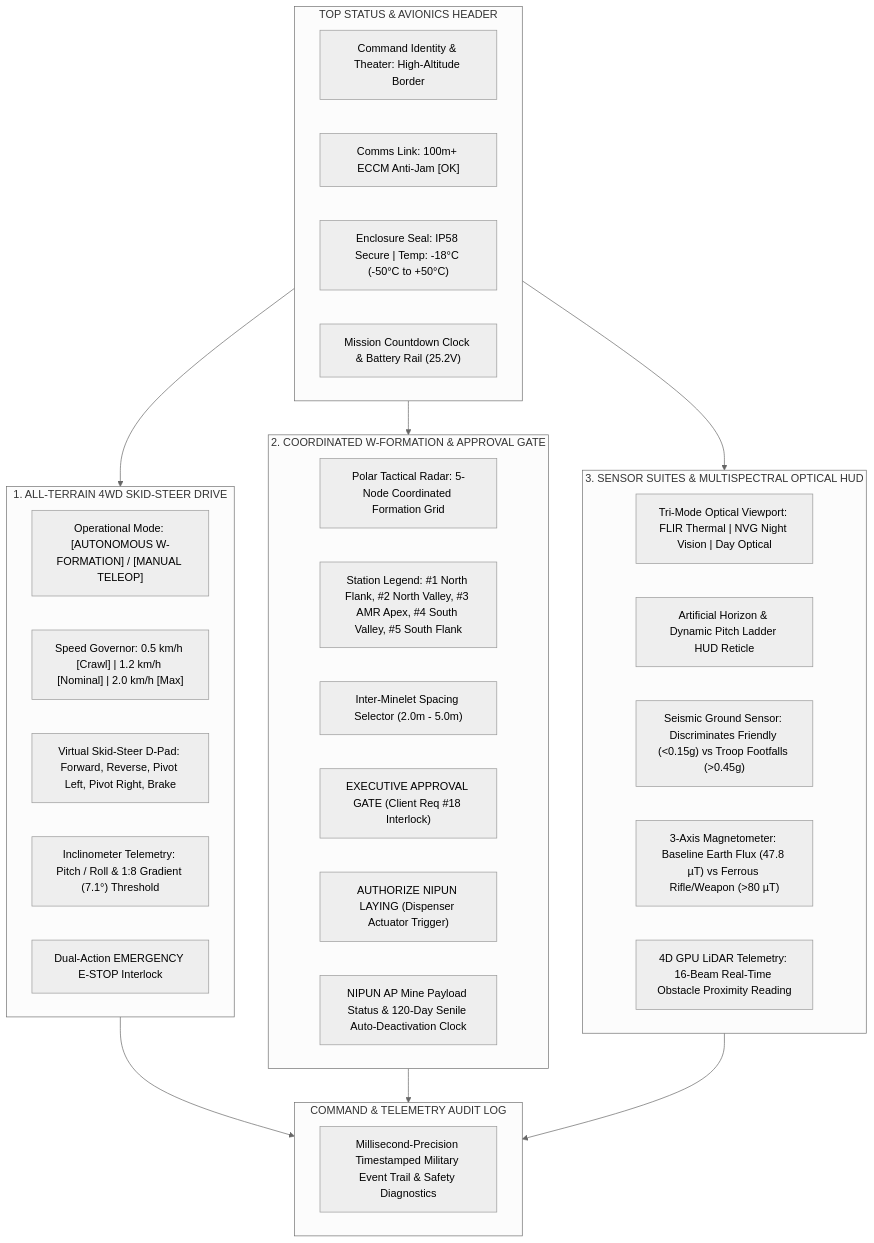
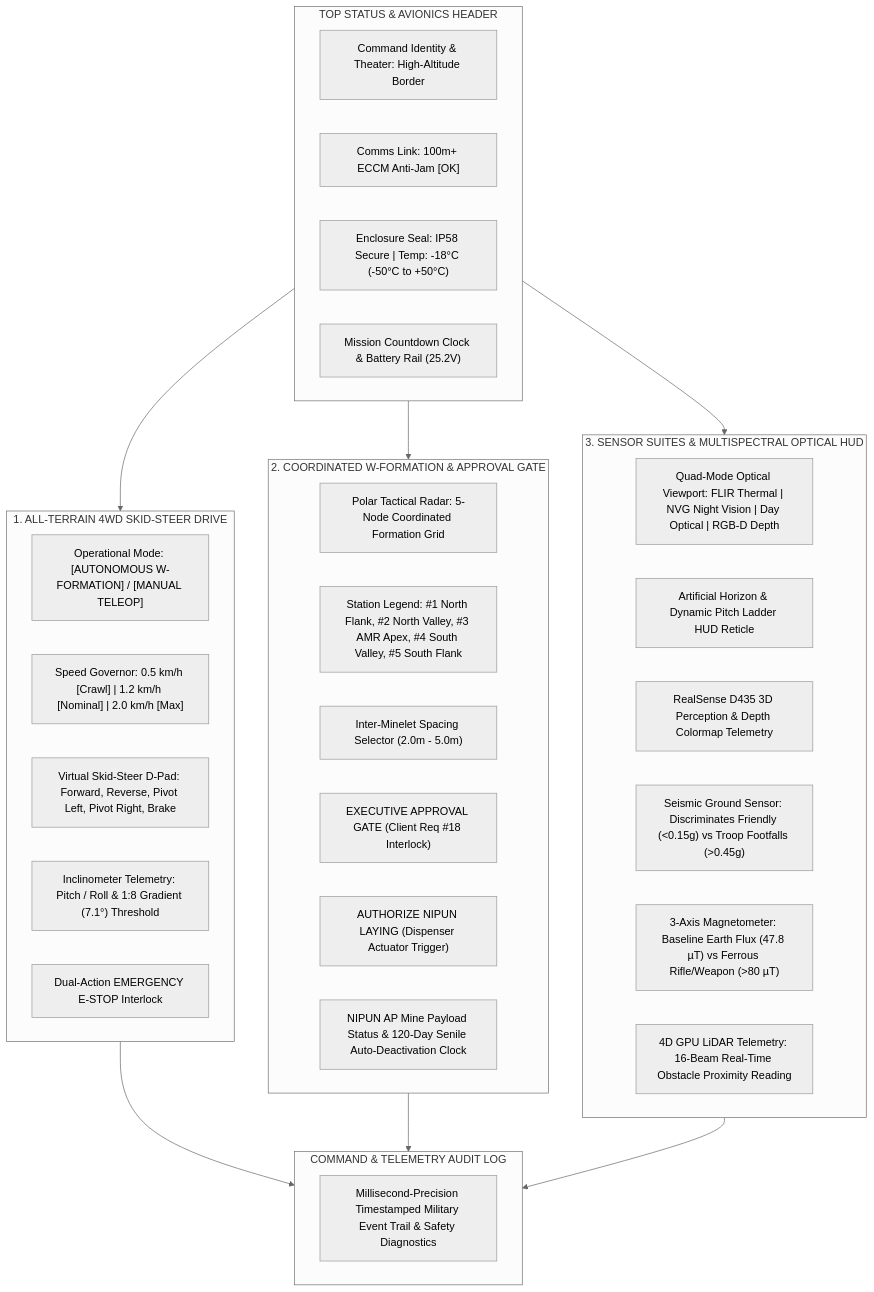
One commit to namanharshwal/Miner_Detonator_Bot changed the first of 2 diagrams in docs/VIRTUAL_REMOTE_GUIDE.md. Above: the diagram before and after it, drawn with Mermaid (neutral theme). The commit also changed other lines of this file and 12 other files, not shown here.

Commit message:
feat: integrate RealSense D435 RGB-D depth camera with Gazebo, ROS 2 bridge, RViz 3D pointcloud, and Executive Remote Depth HUD

````diff
--- a/docs/VIRTUAL_REMOTE_GUIDE.md
+++ b/docs/VIRTUAL_REMOTE_GUIDE.md
@@ -23,45 +23,46 @@
 ```mermaid
 flowchart TD
     subgraph TOP_BAR["TOP STATUS & AVIONICS HEADER"]
         H1["Command Identity & Theater: High-Altitude Border"]
         H2["Comms Link: 100m+ ECCM Anti-Jam [OK]"]
         H3["Enclosure Seal: IP58 Secure | Temp: -18°C (-50°C to +50°C)"]
         H4["Mission Countdown Clock & Battery Rail (25.2V)"]
     end
 
     subgraph PANEL_LEFT["1. ALL-TERRAIN 4WD SKID-STEER DRIVE"]
         D1["Operational Mode: [AUTONOMOUS W-FORMATION] / [MANUAL TELEOP]"]
         D2["Speed Governor: 0.5 km/h [Crawl] | 1.2 km/h [Nominal] | 2.0 km/h [Max]"]
         D3["Virtual Skid-Steer D-Pad: Forward, Reverse, Pivot Left, Pivot Right, Brake"]
         D4["Inclinometer Telemetry: Pitch / Roll & 1:8 Gradient (7.1°) Threshold"]
         D5["Dual-Action EMERGENCY E-STOP Interlock"]
     end
 
     subgraph PANEL_CENTER["2. COORDINATED W-FORMATION & APPROVAL GATE"]
         W1["Polar Tactical Radar: 5-Node Coordinated Formation Grid"]
         W2["Station Legend: #1 North Flank, #2 North Valley, #3 AMR Apex, #4 South Valley, #5 South Flank"]
         W3["Inter-Minelet Spacing Selector (2.0m - 5.0m)"]
         W4["EXECUTIVE APPROVAL GATE (Client Req #18 Interlock)"]
         W5["AUTHORIZE NIPUN LAYING (Dispenser Actuator Trigger)"]
         W6["NIPUN AP Mine Payload Status & 120-Day Senile Auto-Deactivation Clock"]
     end
 
     subgraph PANEL_RIGHT["3. SENSOR SUITES & MULTISPECTRAL OPTICAL HUD"]
-        S1["Tri-Mode Optical Viewport: FLIR Thermal | NVG Night Vision | Day Optical"]
+        S1["Quad-Mode Optical Viewport: FLIR Thermal | NVG Night Vision | Day Optical | RGB-D Depth"]
         S2["Artificial Horizon & Dynamic Pitch Ladder HUD Reticle"]
-        S3["Seismic Ground Sensor: Discriminates Friendly (<0.15g) vs Troop Footfalls (>0.45g)"]
-        S4["3-Axis Magnetometer: Baseline Earth Flux (47.8 µT) vs Ferrous Rifle/Weapon (>80 µT)"]
-        S5["4D GPU LiDAR Telemetry: 16-Beam Real-Time Obstacle Proximity Reading"]
+        S3["RealSense D435 3D Perception & Depth Colormap Telemetry"]
+        S4["Seismic Ground Sensor: Discriminates Friendly (<0.15g) vs Troop Footfalls (>0.45g)"]
+        S5["3-Axis Magnetometer: Baseline Earth Flux (47.8 µT) vs Ferrous Rifle/Weapon (>80 µT)"]
+        S6["4D GPU LiDAR Telemetry: 16-Beam Real-Time Obstacle Proximity Reading"]
     end
 
     subgraph PANEL_BOTTOM["COMMAND & TELEMETRY AUDIT LOG"]
         L1["Millisecond-Precision Timestamped Military Event Trail & Safety Diagnostics"]
     end
 
     TOP_BAR --> PANEL_LEFT
     TOP_BAR --> PANEL_CENTER
     TOP_BAR --> PANEL_RIGHT
     PANEL_LEFT --> PANEL_BOTTOM
     PANEL_CENTER --> PANEL_BOTTOM
     PANEL_RIGHT --> PANEL_BOTTOM
 ```
````
